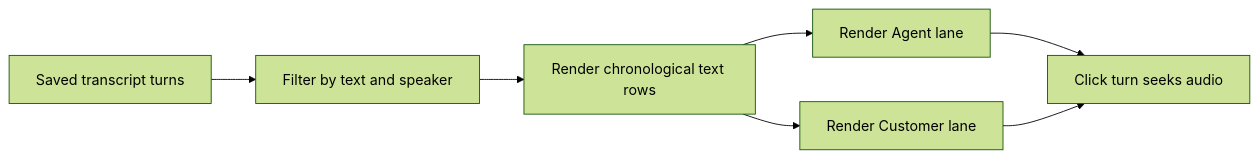
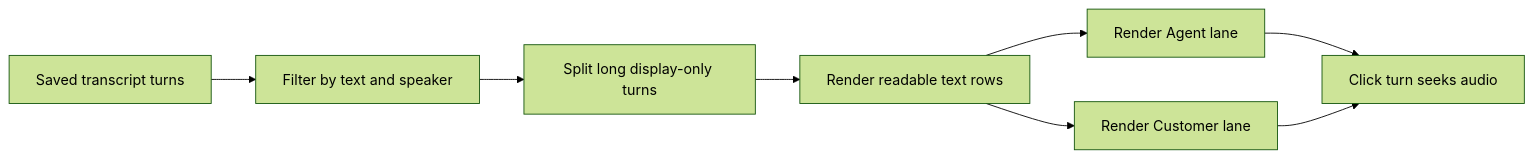
One commit to vrize-poc-demo/call-center-radar changed the diagram in docs/stories/story-2.9-conversation-timeline.md. Above: the diagram before and after it, drawn with Mermaid (forest theme). The commit also changed other lines of this file and 3 other files, not shown here.

````diff
--- a/docs/stories/story-2.9-conversation-timeline.md
+++ b/docs/stories/story-2.9-conversation-timeline.md
@@ -47,9 +48,10 @@
 ```mermaid
 flowchart LR
   A[Saved transcript turns] --> B[Filter by text and speaker]
-  B --> C[Render chronological text rows]
-  C --> D[Render Agent lane]
-  C --> E[Render Customer lane]
-  D --> F[Click turn seeks audio]
-  E --> F
+  B --> C[Split long display-only turns]
+  C --> D[Render readable text rows]
+  D --> E[Render Agent lane]
+  D --> F[Render Customer lane]
+  E --> G[Click turn seeks audio]
+  F --> G
 ```
````
